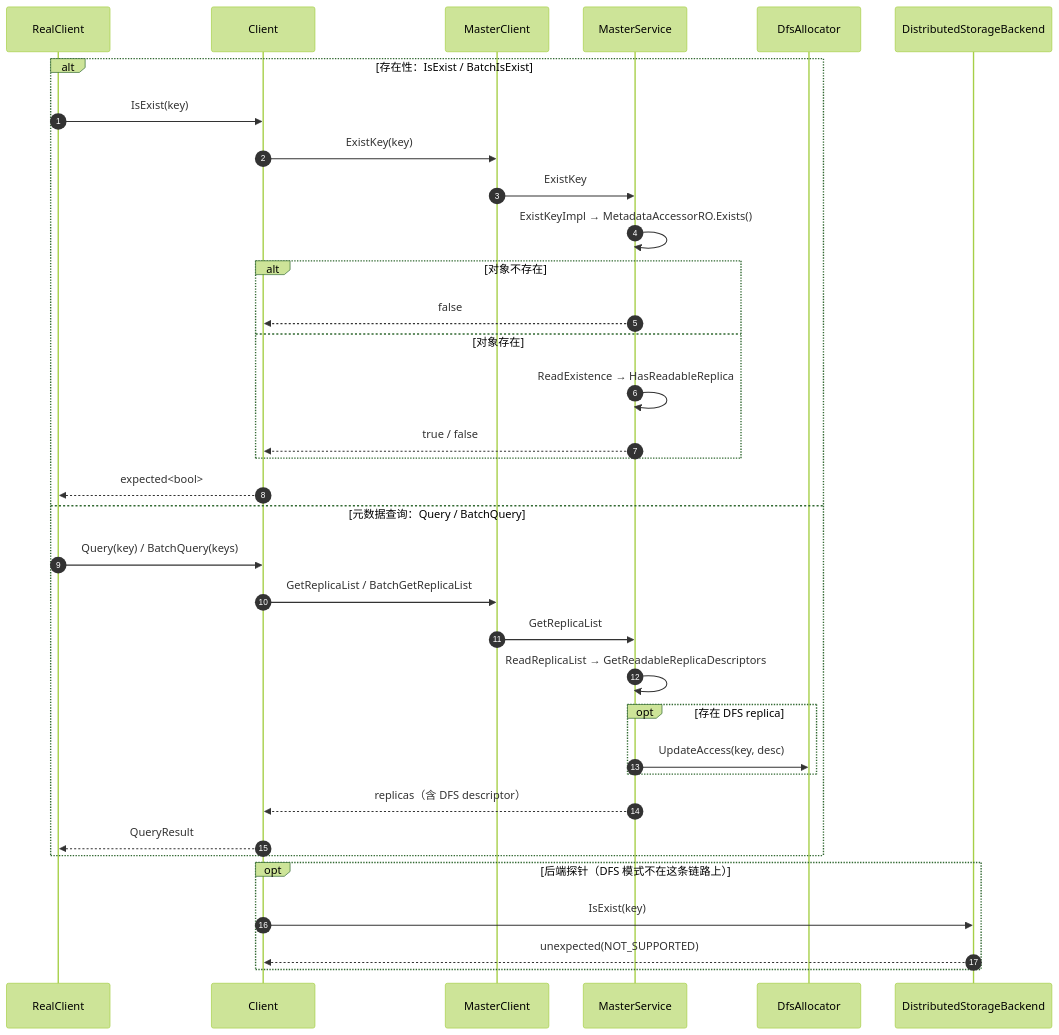
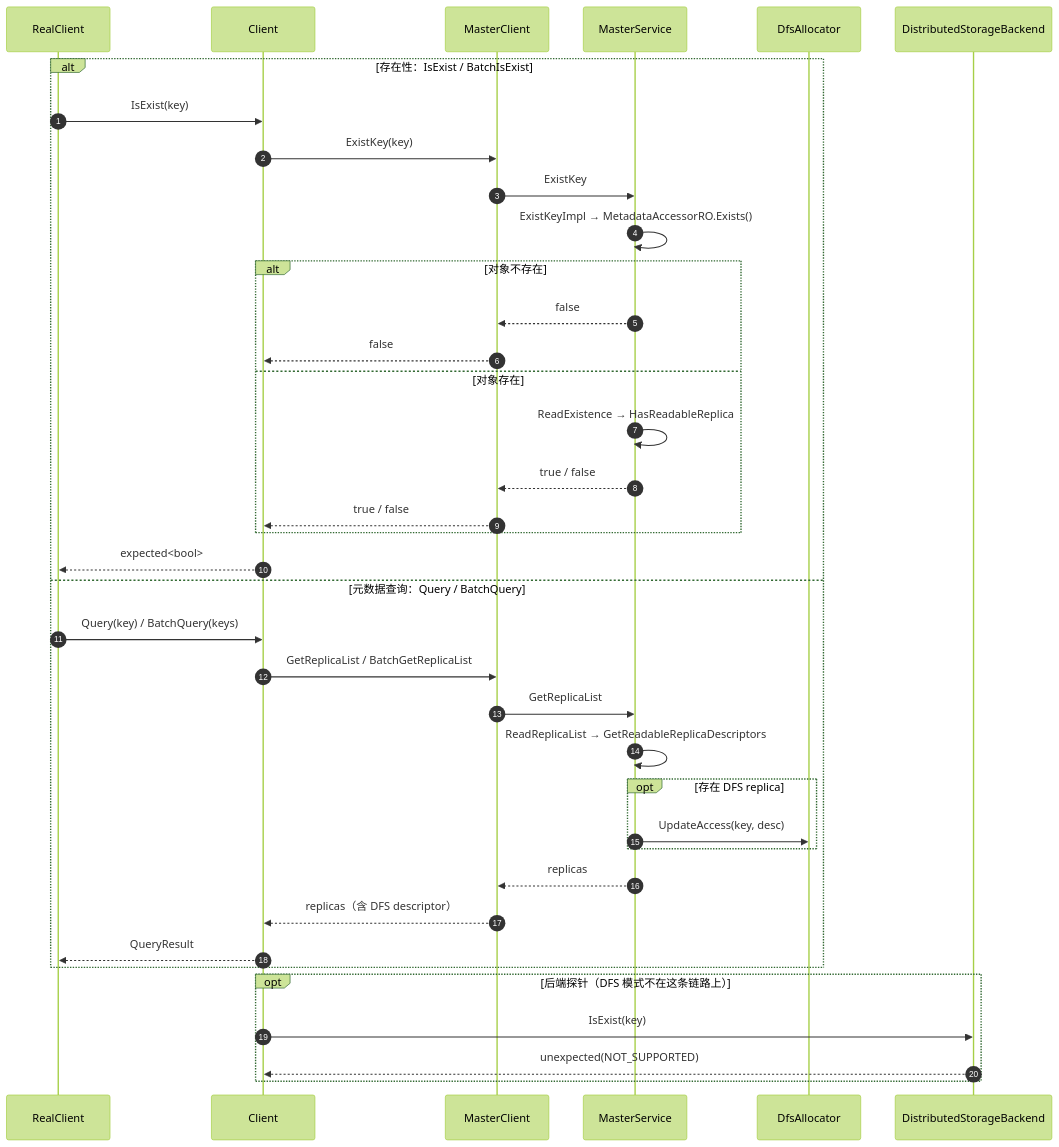
Before and after one commit to zwj20000328-dotcom/Mooncake-documents: the sixth of 10 diagrams in Mooncake-DFS-五阶段类图与时序图.md, drawn with Mermaid (forest theme). The commit also changed other lines of this file, not shown here.

Commit message:
modified:   Mooncake-DFS-五阶段类图与时序图.md

````diff
--- a/Mooncake-DFS-五阶段类图与时序图.md
+++ b/Mooncake-DFS-五阶段类图与时序图.md
@@ -438,39 +451,42 @@
 ```mermaid
 sequenceDiagram
     autonumber
     participant RC as RealClient
     participant C as Client
     participant MC as MasterClient
     participant MS as MasterService
     participant DA as DfsAllocator
     participant BE as DistributedStorageBackend
 
     alt 存在性：IsExist / BatchIsExist
         RC->>C: IsExist(key)
         C->>MC: ExistKey(key)
         MC->>MS: ExistKey
         MS->>MS: ExistKeyImpl → MetadataAccessorRO.Exists()
         alt 对象不存在
-            MS-->>C: false
+            MS-->>MC: false
+            MC-->>C: false
         else 对象存在
             MS->>MS: ReadExistence → HasReadableReplica
-            MS-->>C: true / false
+            MS-->>MC: true / false
+            MC-->>C: true / false
         end
         C-->>RC: expected<bool>
     else 元数据查询：Query / BatchQuery
         RC->>C: Query(key) / BatchQuery(keys)
         C->>MC: GetReplicaList / BatchGetReplicaList
         MC->>MS: GetReplicaList
         MS->>MS: ReadReplicaList → GetReadableReplicaDescriptors
         opt 存在 DFS replica
             MS->>DA: UpdateAccess(key, desc)
         end
-        MS-->>C: replicas（含 DFS descriptor）
+        MS-->>MC: replicas
+        MC-->>C: replicas（含 DFS descriptor）
         C-->>RC: QueryResult
     end
 
     opt 后端探针（DFS 模式不在这条链路上）
         C->>BE: IsExist(key)
         BE-->>C: unexpected(NOT_SUPPORTED)
     end
 ```
````
